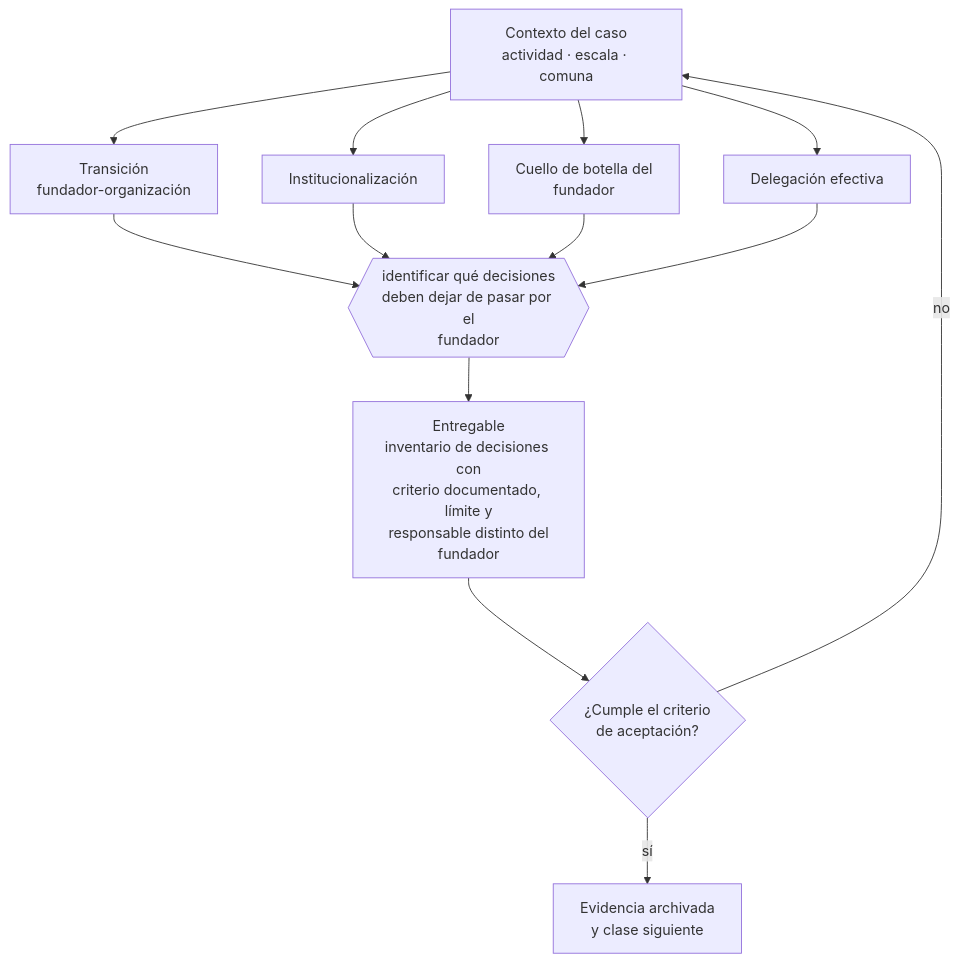
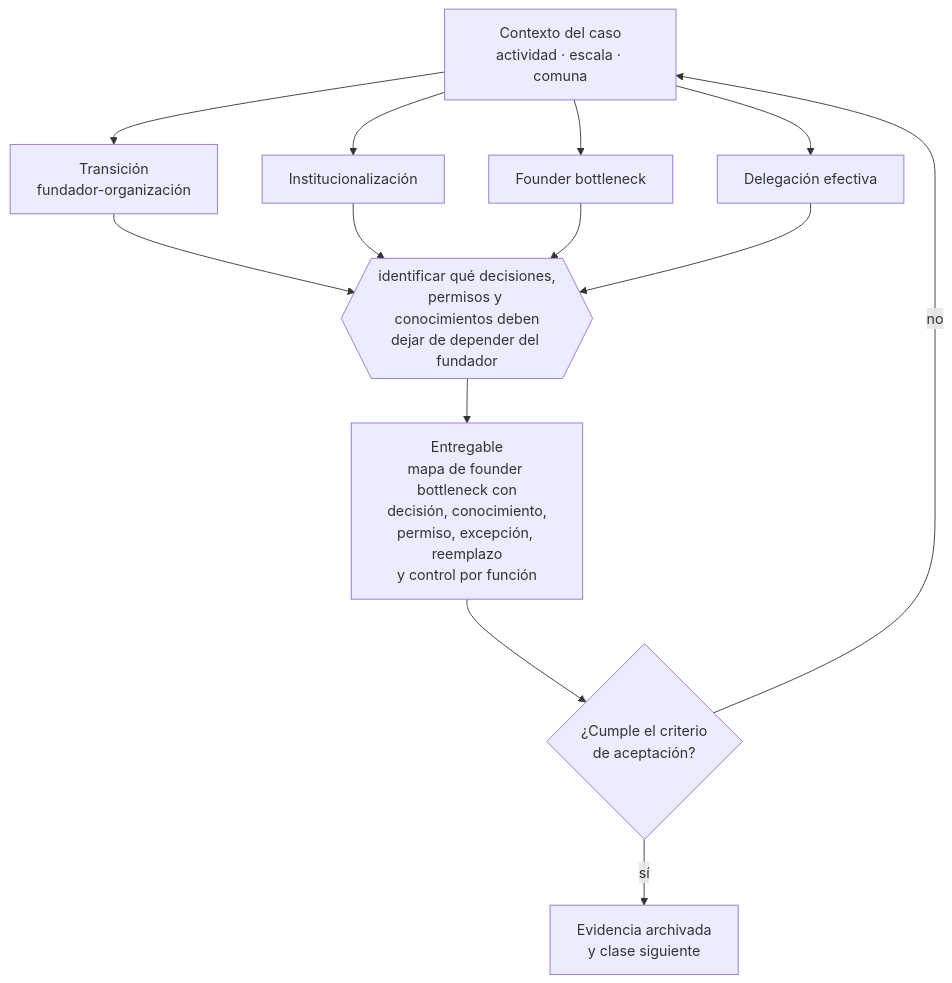
Before and after one commit to vladimiracunadev-create/modern-business-creation-program: the diagram in curriculum/part-20-escalamiento-organizacion-y-gobierno-avanzado/class-01-de-fundador-a-organizacion/README.md, drawn with Mermaid. The commit also changed other lines of this file and 33 other files, not shown here.

````diff
--- a/curriculum/part-20-escalamiento-organizacion-y-gobierno-avanzado/class-01-de-fundador-a-organizacion/README.md
+++ b/curriculum/part-20-escalamiento-organizacion-y-gobierno-avanzado/class-01-de-fundador-a-organizacion/README.md
@@ -34,13 +34,13 @@
 ```mermaid
 flowchart TB
     C["Contexto del caso<br/>actividad · escala · comuna"]
     C --> A1["Transición<br/>fundador-organización"]
     C --> A2["Institucionalización"]
-    C --> A3["Cuello de botella del<br/>fundador"]
+    C --> A3["Founder bottleneck"]
     C --> A4["Delegación efectiva"]
-    A1 & A2 & A3 & A4 --> D{{"identificar qué decisiones<br/>deben dejar de pasar por el<br/>fundador"}}
-    D --> E["Entregable<br/>inventario de decisiones con<br/>criterio documentado, límite y<br/>responsable distinto del<br/>fundador"]
+    A1 & A2 & A3 & A4 --> D{{"identificar qué decisiones,<br/>permisos y conocimientos deben<br/>dejar de depender del fundador"}}
+    D --> E["Entregable<br/>mapa de founder bottleneck con<br/>decisión, conocimiento,<br/>permiso, excepción, reemplazo<br/>y control por función"]
     E --> V{"¿Cumple el criterio<br/>de aceptación?"}
     V -->|sí| S["Evidencia archivada<br/>y clase siguiente"]
     V -->|no| C
 ```
````
